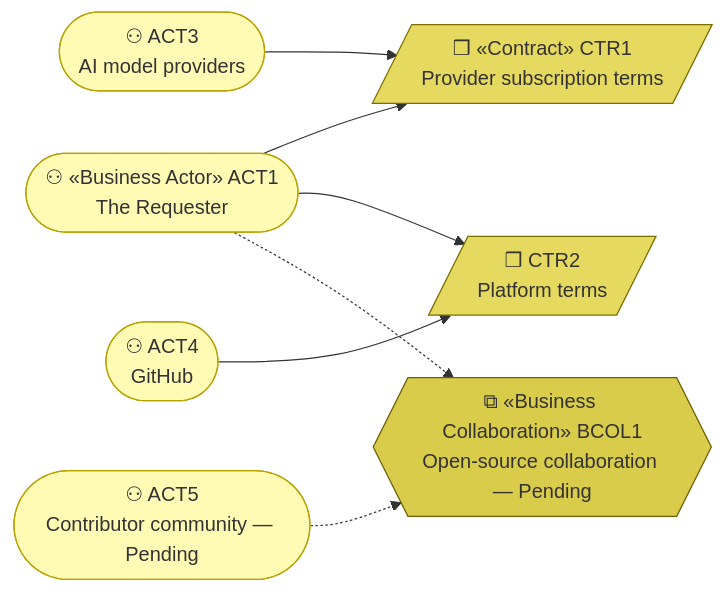
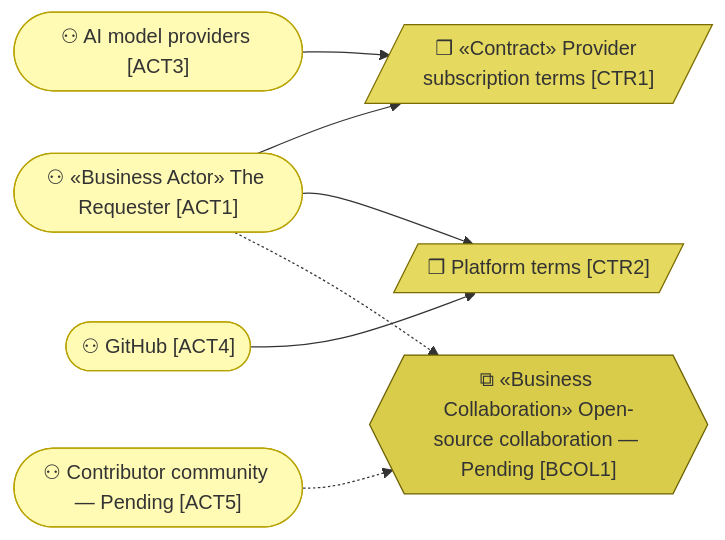
Before and after one commit to roanboc/architecture-archreator: the third of 3 diagrams in org-archreator/architecture/2_business/1_business-actors-and-roles.md, drawn with Mermaid. The commit also changed other lines of this file and 38 other files, not shown here.

````diff
--- a/org-archreator/architecture/2_business/1_business-actors-and-roles.md
+++ b/org-archreator/architecture/2_business/1_business-actors-and-roles.md
@@ -125,22 +125,22 @@
 ```mermaid
 flowchart LR
-  act1(["⚇ «Business Actor» ACT1<br>The Requester"]):::actor
-  act3(["⚇ ACT3<br>AI model providers"]):::actor
-  act4(["⚇ ACT4<br>GitHub"]):::actor
-  act5(["⚇ ACT5<br>Contributor community — Pending"]):::actor
+  act1(["⚇ «Business Actor» The Requester [ACT1]"]):::actor
+  act3(["⚇ AI model providers [ACT3]"]):::actor
+  act4(["⚇ GitHub [ACT4]"]):::actor
+  act5(["⚇ Contributor community — Pending [ACT5]"]):::actor
 
-  ctr1[/"❒ «Contract» CTR1<br>Provider subscription terms"/]:::contract
-  ctr2[/"❒ CTR2<br>Platform terms"/]:::contract
-  bcol1{{"⧉ «Business Collaboration» BCOL1<br>Open-source collaboration — Pending"}}:::collab
+  ctr1[/"❒ «Contract» Provider subscription terms [CTR1]"/]:::contract
+  ctr2[/"❒ Platform terms [CTR2]"/]:::contract
+  bcol1{{"⧉ «Business Collaboration» Open-source collaboration — Pending [BCOL1]"}}:::collab
 
   act1 --> ctr1
   act3 --> ctr1
   act1 --> ctr2
   act4 --> ctr2
   act1 -.-> bcol1
   act5 -.-> bcol1
 
   classDef actor fill:#fffbb5,stroke:#b8a200,color:#333
   classDef contract fill:#e5d95f,stroke:#7a6c00,color:#333
   classDef collab fill:#d9cc4a,stroke:#6b5f00,color:#333
 ```
````
